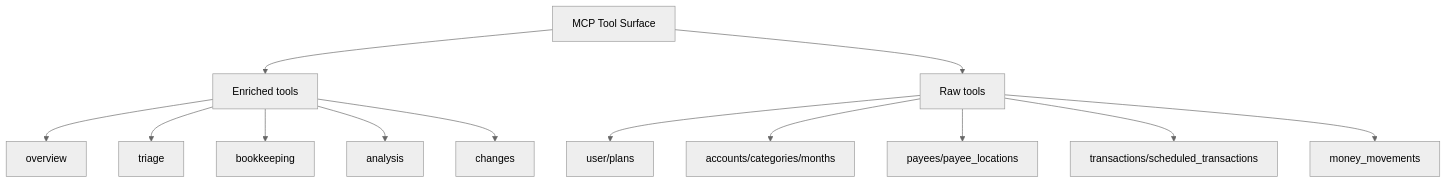
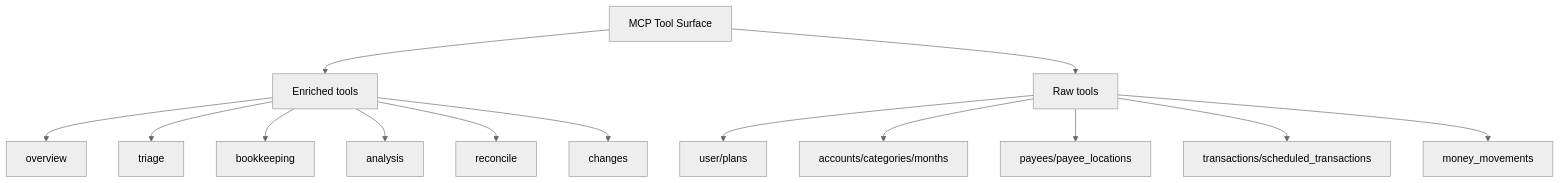
One commit to hs737/mcp-server-for-ynab changed the diagram in docs/tool-surface.md. Above: the diagram before and after it, drawn with Mermaid (neutral theme). The commit also changed other lines of this file and 82 other files, not shown here.

````diff
--- a/docs/tool-surface.md
+++ b/docs/tool-surface.md
@@ -20,15 +20,16 @@
 ```mermaid
 flowchart TD
     A["MCP Tool Surface"] --> B["Enriched tools"]
     A --> C["Raw tools"]
     B --> D["overview"]
     B --> E["triage"]
     B --> F["bookkeeping"]
     B --> G["analysis"]
+    B --> R["reconcile"]
     B --> S["changes"]
     C --> H["user/plans"]
     C --> I["accounts/categories/months"]
     C --> J["payees/payee_locations"]
     C --> K["transactions/scheduled_transactions"]
     C --> L["money_movements"]
 ```
````
